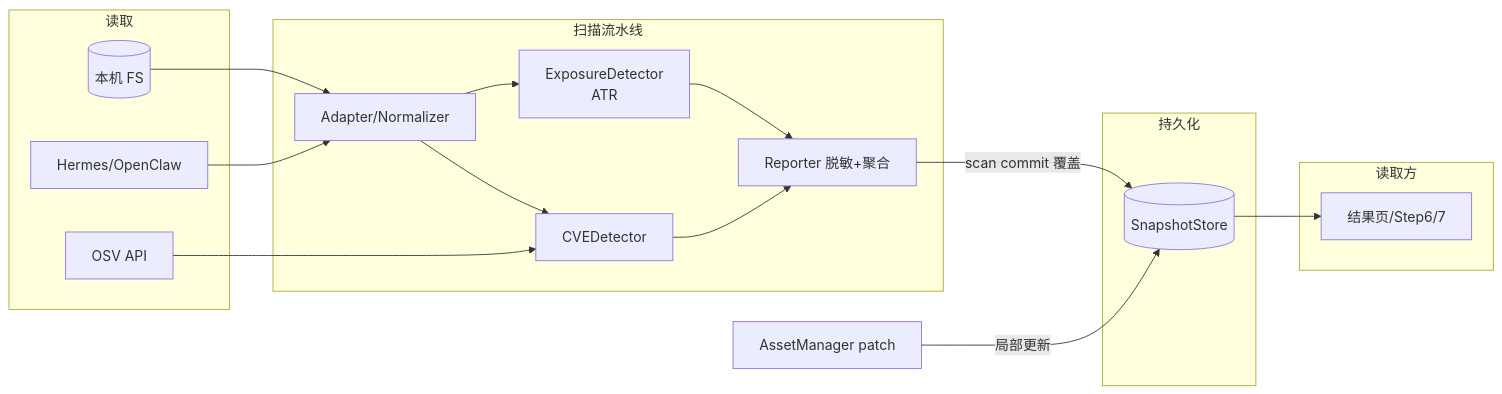
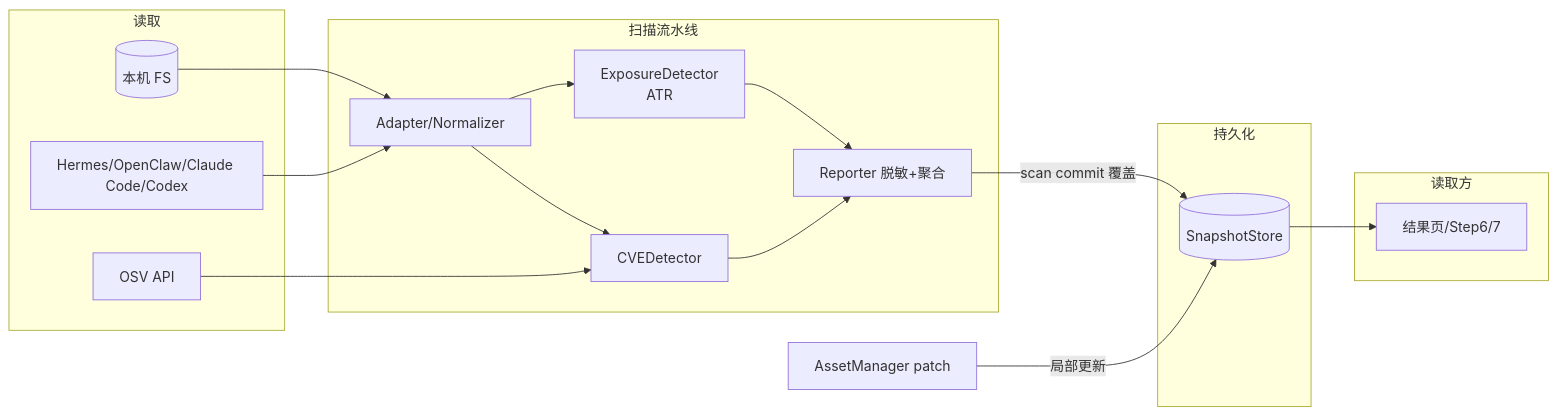
The fourth of 5 diagrams in docs/architecture/architecture.md (ChuhC/AgentSec), drawn with Mermaid before and after one commit. The commit also changed other lines of this file and 61 other files, not shown here.

````diff
--- a/docs/architecture/architecture.md
+++ b/docs/architecture/architecture.md
@@ -183,34 +184,34 @@
 ```mermaid
 flowchart LR
   subgraph ReadSources[读取]
     FS2[(本机 FS)]
-    Agents2[Hermes/OpenClaw]
+    Agents2[Hermes/OpenClaw/Claude Code/Codex]
     OSV2[OSV API]
   end
 
   subgraph Pipeline[扫描流水线]
     A2[Adapter/Normalizer]
     E2[ExposureDetector<br/>ATR]
     C2[CVEDetector]
     R2[Reporter 脱敏+聚合]
   end
 
   subgraph Persist[持久化]
     Snap[(SnapshotStore)]
   end
 
   subgraph Consumers[读取方]
     UI2[结果页/Step6/7]
   end
 
   FS2 --> A2
   Agents2 --> A2
   A2 --> E2
   A2 --> C2
   OSV2 --> C2
   E2 --> R2
   C2 --> R2
   R2 -->|scan commit 覆盖| Snap
   AM2[AssetManager patch] -->|局部更新| Snap
   Snap --> UI2
 ```
````
